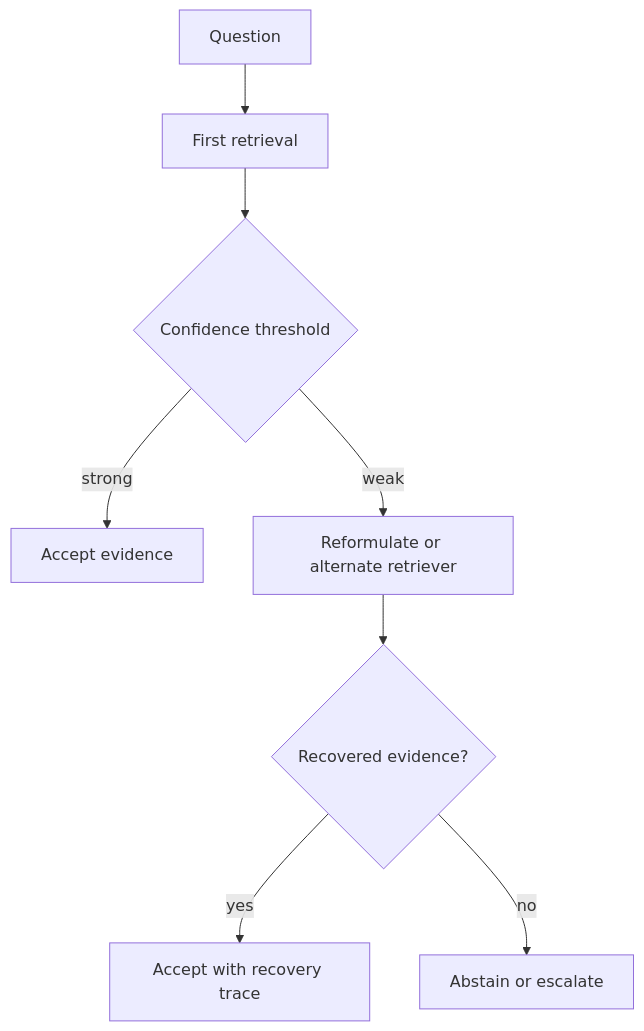
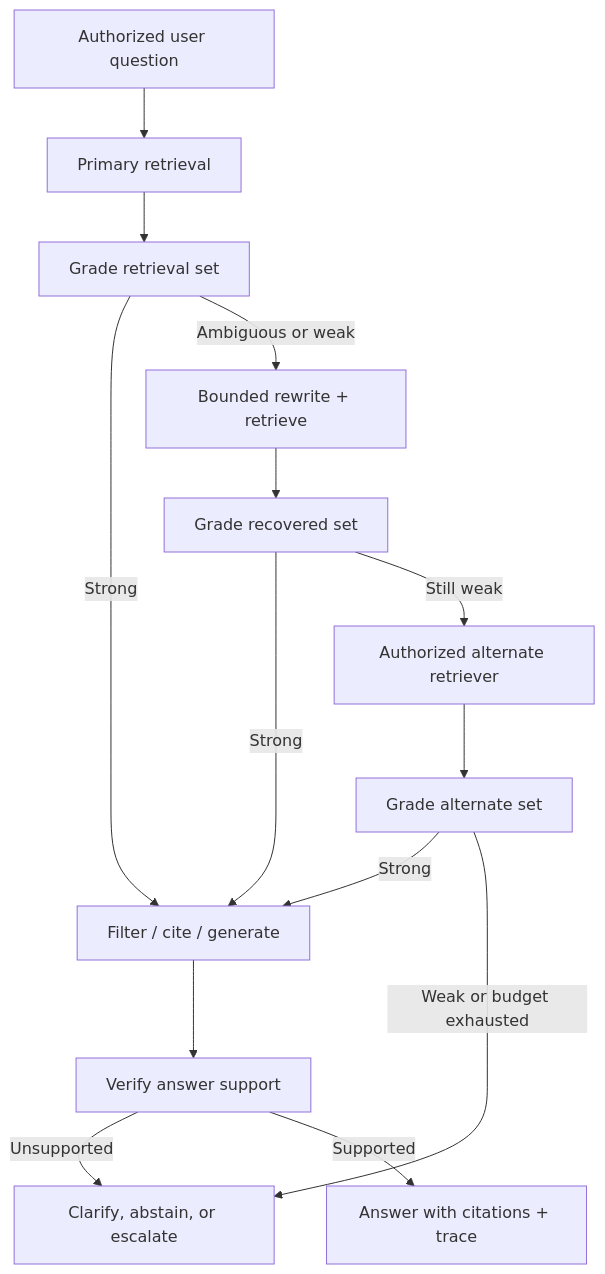
Before and after one commit to mahsa-teimourikia/awesome-rag: the first of 3 diagrams in curriculum/advanced/01-corrective-rag/README.md, drawn with Mermaid. The commit also changed other lines of this file and 3 other files, not shown here.

````diff
--- a/curriculum/advanced/01-corrective-rag/README.md
+++ b/curriculum/advanced/01-corrective-rag/README.md
@@ -15,10 +31,16 @@
 ```mermaid
 flowchart TD
-  Q[Question] --> R[First retrieval]
-  R --> C{Confidence threshold}
-  C -->|strong| A[Accept evidence]
-  C -->|weak| W[Reformulate or alternate retriever]
-  W --> V{Recovered evidence?}
-  V -->|yes| A2[Accept with recovery trace]
-  V -->|no| X[Abstain or escalate]
+  Q[Authorized user question] --> P[Primary retrieval]
+  P --> G[Grade retrieval set]
+  G -->|Strong| F[Filter / cite / generate]
+  G -->|Ambiguous or weak| R[Bounded rewrite + retrieve]
+  R --> G2[Grade recovered set]
+  G2 -->|Strong| F
+  G2 -->|Still weak| A[Authorized alternate retriever]
+  A --> G3[Grade alternate set]
+  G3 -->|Strong| F
+  G3 -->|Weak or budget exhausted| X[Clarify, abstain, or escalate]
+  F --> V[Verify answer support]
+  V -->|Unsupported| X
+  V -->|Supported| O[Answer with citations + trace]
 ```
````
